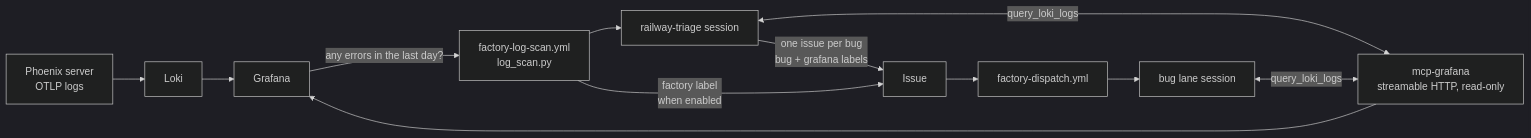
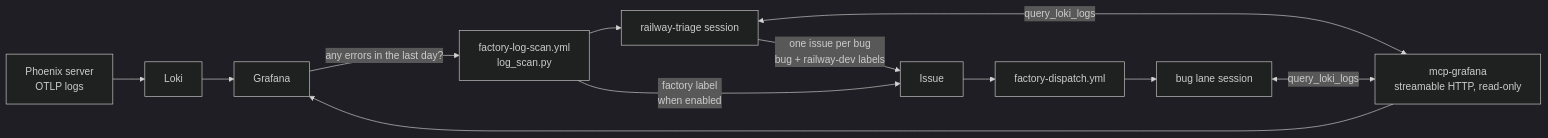
The third of 3 diagrams in factory/README.md (Arize-ai/phoenix), drawn with Mermaid (dark theme) before and after one commit. The commit also changed other lines of this file and 4 other files, not shown here.

Commit message:
chore(factory): label triage-filed issues railway-dev

````diff
--- a/factory/README.md
+++ b/factory/README.md
@@ -173,13 +173,13 @@
 ```mermaid
 flowchart LR
   phoenix["Phoenix server<br/>OTLP logs"] --> loki["Loki"] --> grafana["Grafana"]
   grafana -->|"any errors in the last day?"| scan["factory-log-scan.yml<br/>log_scan.py"]
   scan --> triage["railway-triage session"]
   triage <-->|"query_loki_logs"| mcp
-  triage -->|"one issue per bug<br/>bug + grafana labels"| issue["Issue"]
+  triage -->|"one issue per bug<br/>bug + railway-dev labels"| issue["Issue"]
   scan -->|"factory label<br/>when enabled"| issue
   issue --> dispatch["factory-dispatch.yml"]
   dispatch --> session["bug lane session"]
   session <-->|"query_loki_logs"| mcp["mcp-grafana<br/>streamable HTTP, read-only"]
   mcp --> grafana
 ```
````
